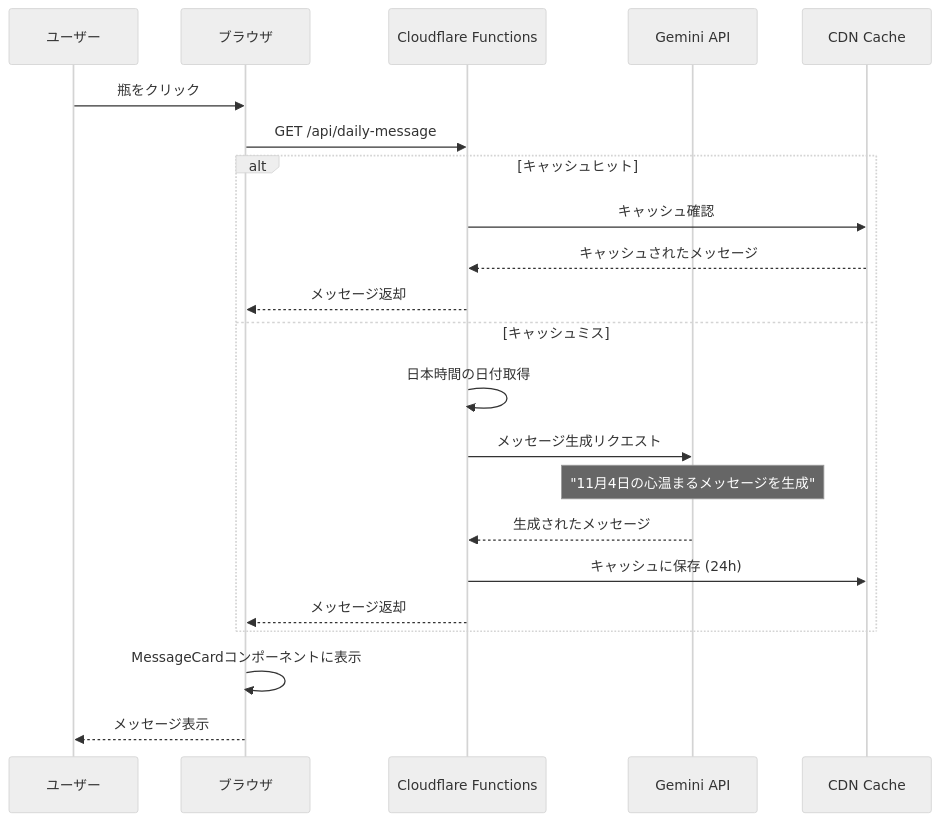
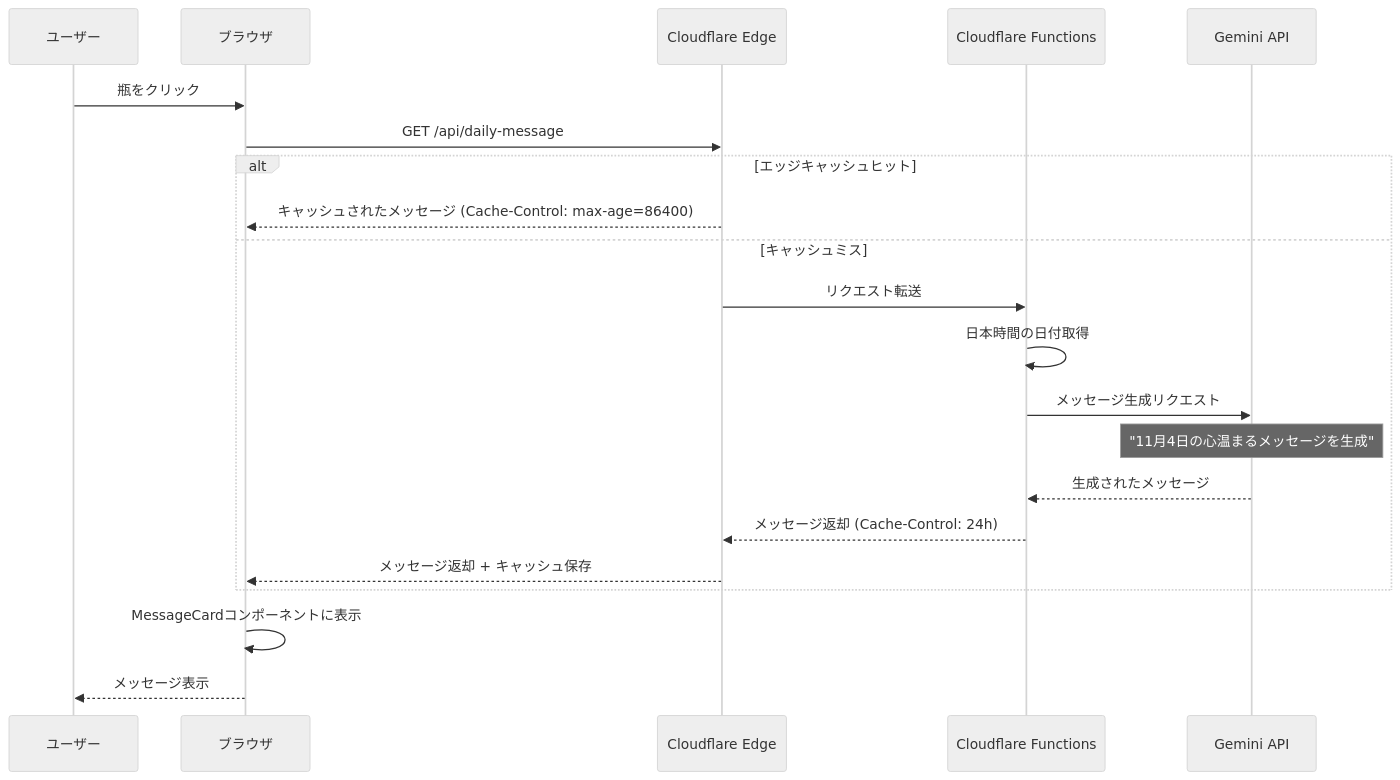
One commit to andsaki/biotope changed the second of 3 diagrams in README.md. Above: the diagram before and after it, drawn with Mermaid (neutral theme).

Commit message:
シーケンス図を修正: Cloudflare Edgeキャッシュの動作を正確に表現
- CDN Cacheという曖昧な表現をCloudflare Edgeに修正
- Cache-Controlヘッダーによるエッジキャッシュの動作を明記
- キャッシュヒット/ミス時のフローをより正確に記述

🤖 Generated with [Claude Code](https://claude.com/claude-code)

````diff
--- a/README.md
+++ b/README.md
@@ -175,27 +175,26 @@
 ```mermaid
 sequenceDiagram
     participant U as ユーザー
     participant B as ブラウザ
+    participant Edge as Cloudflare Edge
     participant CF as Cloudflare Functions
     participant G as Gemini API
-    participant C as CDN Cache
 
     U->>B: 瓶をクリック
-    B->>CF: GET /api/daily-message
+    B->>Edge: GET /api/daily-message
 
-    alt キャッシュヒット
-        CF->>C: キャッシュ確認
-        C-->>CF: キャッシュされたメッセージ
-        CF-->>B: メッセージ返却
+    alt エッジキャッシュヒット
+        Edge-->>B: キャッシュされたメッセージ (Cache-Control: max-age=86400)
     else キャッシュミス
+        Edge->>CF: リクエスト転送
         CF->>CF: 日本時間の日付取得
         CF->>G: メッセージ生成リクエスト
         Note over G: "11月4日の心温まるメッセージを生成"
         G-->>CF: 生成されたメッセージ
-        CF->>C: キャッシュに保存 (24h)
-        CF-->>B: メッセージ返却
+        CF-->>Edge: メッセージ返却 (Cache-Control: 24h)
+        Edge-->>B: メッセージ返却 + キャッシュ保存
     end
 
     B->>B: MessageCardコンポーネントに表示
     B-->>U: メッセージ表示
 ```
````
